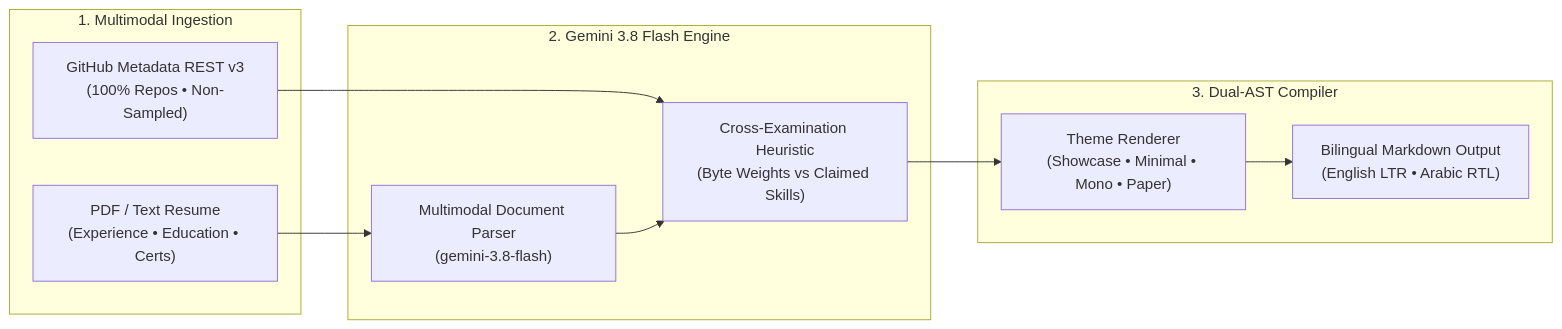
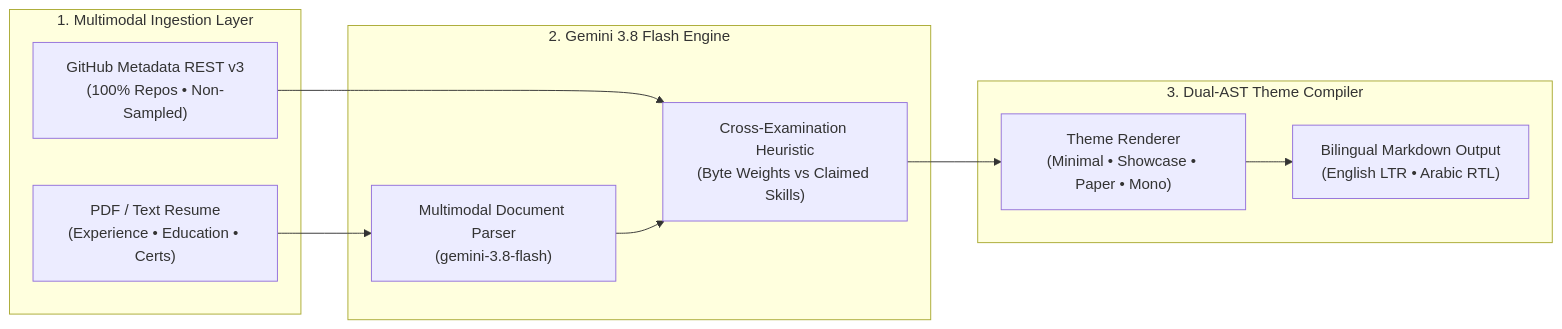
Before and after one commit to Bavly-Hamdy/readme-studio: the first of 4 diagrams in README.md, drawn with Mermaid. The commit also changed other lines of this file, not shown here.

Commit message:
docs: expand README.md with comprehensive theme markdown previews and scoring equations

````diff
--- a/README.md
+++ b/README.md
@@ -72,23 +99,23 @@
 ```mermaid
 flowchart LR
-    subgraph Ingestion [" 1. Multimodal Ingestion "]
+    subgraph Ingestion [" 1. Multimodal Ingestion Layer "]
         CV["PDF / Text Resume<br/>(Experience • Education • Certs)"]
         GH["GitHub Metadata REST v3<br/>(100% Repos • Non-Sampled)"]
     end
 
     subgraph Intelligence [" 2. Gemini 3.8 Flash Engine "]
         Parser["Multimodal Document Parser<br/>(gemini-3.8-flash)"]
         CrossCheck["Cross-Examination Heuristic<br/>(Byte Weights vs Claimed Skills)"]
     end
 
-    subgraph Compiler [" 3. Dual-AST Compiler "]
-        ThemeEngine["Theme Renderer<br/>(Showcase • Minimal • Mono • Paper)"]
+    subgraph Compiler [" 3. Dual-AST Theme Compiler "]
+        ThemeEngine["Theme Renderer<br/>(Minimal • Showcase • Paper • Mono)"]
         LiveMD["Bilingual Markdown Output<br/>(English LTR • Arabic RTL)"]
     end
 
     CV --> Parser
     GH --> CrossCheck
     Parser --> CrossCheck
     CrossCheck --> ThemeEngine
     ThemeEngine --> LiveMD
 ```
````
